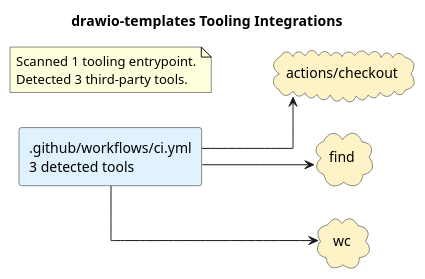
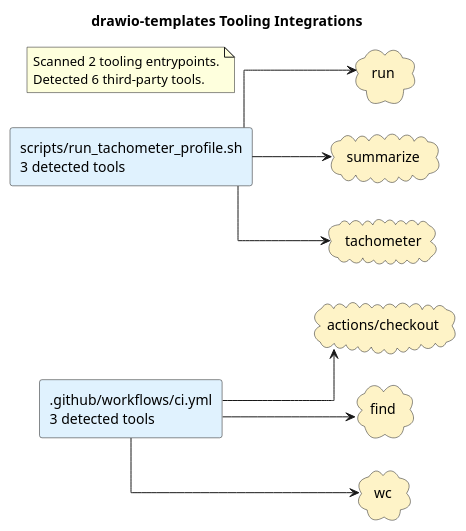
Before and after one commit to casonk/drawio-templates: the diagram in docs/diagrams/tooling-integrations.puml, drawn with PlantUML. The commit also changed 3 other files, not shown here.

Commit message:
docs: refresh tooling diagrams and backlog

```diff
--- a/docs/diagrams/tooling-integrations.puml
+++ b/docs/diagrams/tooling-integrations.puml
@@ -1,19 +1,26 @@
 @startuml
 title drawio-templates Tooling Integrations
 left to right direction
 skinparam shadowing false
 skinparam defaultFontName Monospace
 skinparam componentStyle rectangle
 skinparam linetype ortho
 rectangle ".github/workflows/ci.yml\n3 detected tools" as source_github_workflows_ci_yml #E0F2FE
+rectangle "scripts/run_tachometer_profile.sh\n3 detected tools" as source_scripts_run_tachometer_profile_sh #E0F2FE
 cloud "actions/checkout" as tool_actions_checkout #FEF3C7
 cloud "find" as tool_find #FEF3C7
+cloud "run" as tool_run #FEF3C7
+cloud "summarize" as tool_summarize #FEF3C7
+cloud "tachometer" as tool_tachometer #FEF3C7
 cloud "wc" as tool_wc #FEF3C7
 source_github_workflows_ci_yml --> tool_actions_checkout
 source_github_workflows_ci_yml --> tool_find
 source_github_workflows_ci_yml --> tool_wc
+source_scripts_run_tachometer_profile_sh --> tool_run
+source_scripts_run_tachometer_profile_sh --> tool_summarize
+source_scripts_run_tachometer_profile_sh --> tool_tachometer
 note as toolingGraphSummary
-Scanned 1 tooling entrypoint.
-Detected 3 third-party tools.
+Scanned 2 tooling entrypoints.
+Detected 6 third-party tools.
 end note
 @enduml
```
